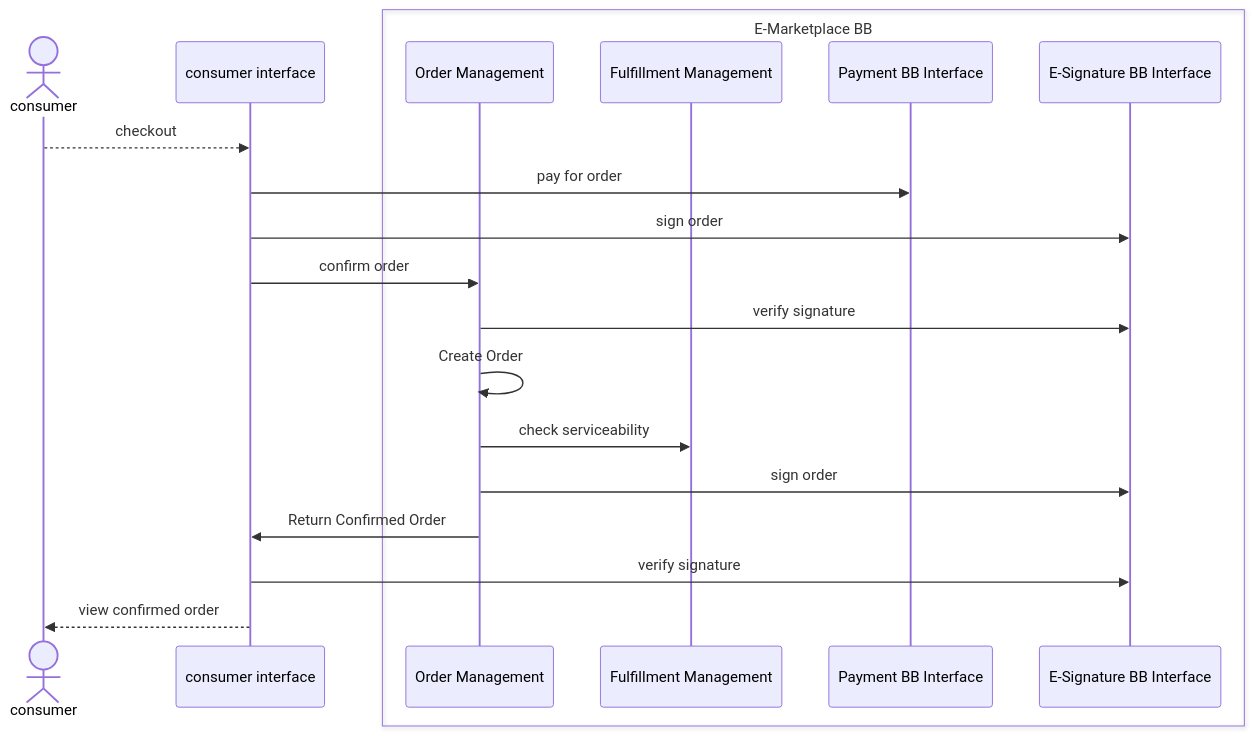
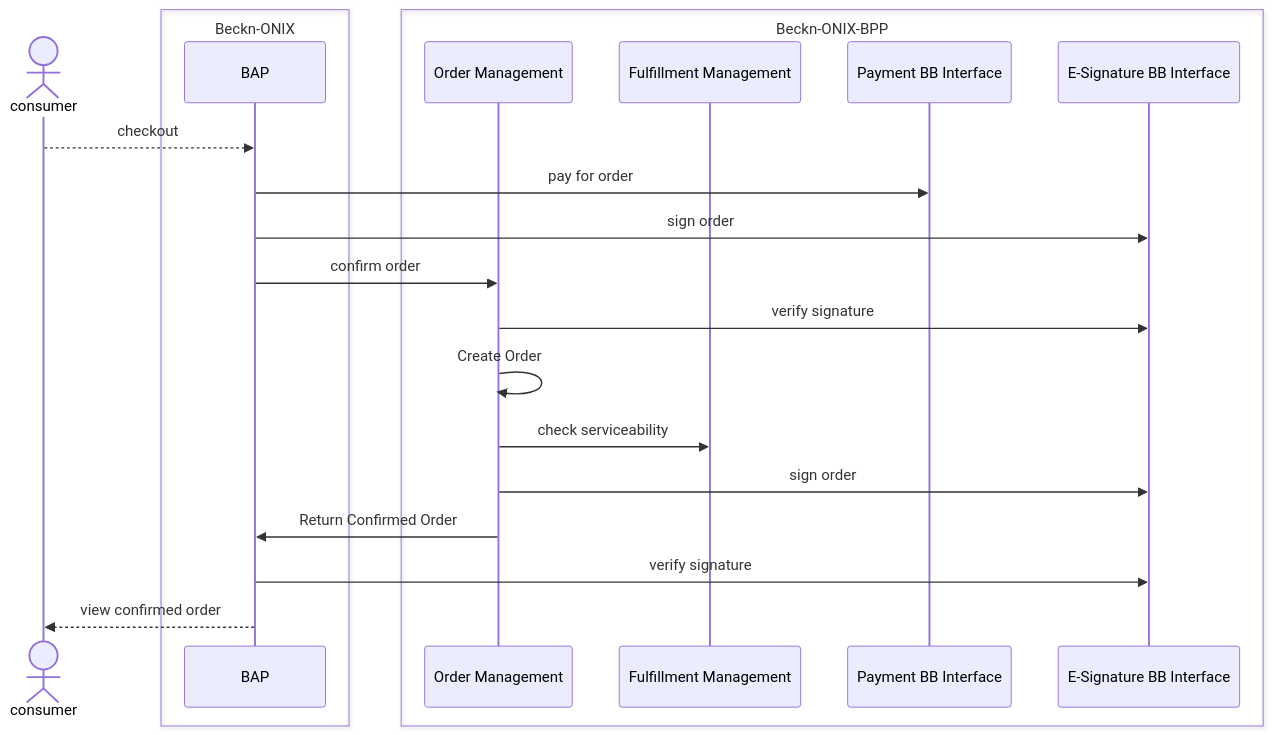
The sixth of 17 diagrams in README.md (rajaneeshk90/gitbook-exp), drawn with Mermaid before and after one commit. The commit also changed other lines of this file, not shown here.

Commit message:
GITBOOK-7: Updated sequence diagram for all APIs

````diff
--- a/README.md
+++ b/README.md
@@ -169,26 +191,24 @@
 ```mermaid
 sequenceDiagram
     Actor consumer
-    participant consumer interface
-    box E-Marketplace BB
+    box Beckn-ONIX
+    participant BAP
+    end
+    box Beckn-ONIX-BPP
     participant Order Management
     participant Fulfillment Management
     participant Payment BB Interface
     participant E-Signature BB Interface
     end
-    consumer-->>consumer interface: checkout
-    consumer interface->>Payment BB Interface: pay for order
-    consumer interface->>E-Signature BB Interface:sign order
-    consumer interface->>Order Management:confirm order
+    consumer-->>BAP: checkout
+    BAP->>Payment BB Interface: pay for order
+    BAP->>E-Signature BB Interface:sign order
+    BAP->>Order Management:confirm order
     Order Management->>E-Signature BB Interface:verify signature
     Order Management->>Order Management: Create Order
     Order Management->>Fulfillment Management: check serviceability
     Order Management->>E-Signature BB Interface:sign order
-    Order Management->>consumer interface: Return Confirmed Order
-    consumer interface->>E-Signature BB Interface:verify signature
-    consumer interface-->>consumer:view confirmed order
-
-
-     
-
+    Order Management->>BAP: Return Confirmed Order
+    BAP->>E-Signature BB Interface:verify signature
+    BAP-->>consumer:view confirmed order
 ```
````
